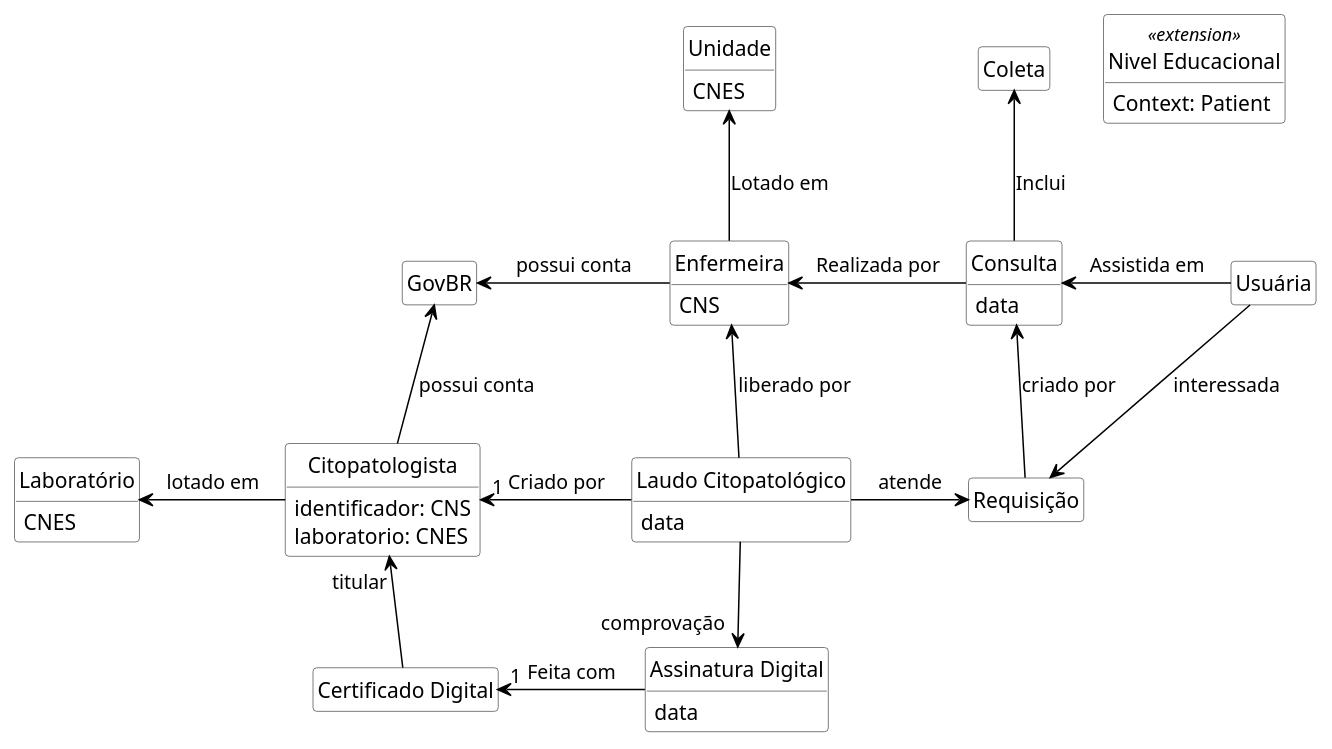
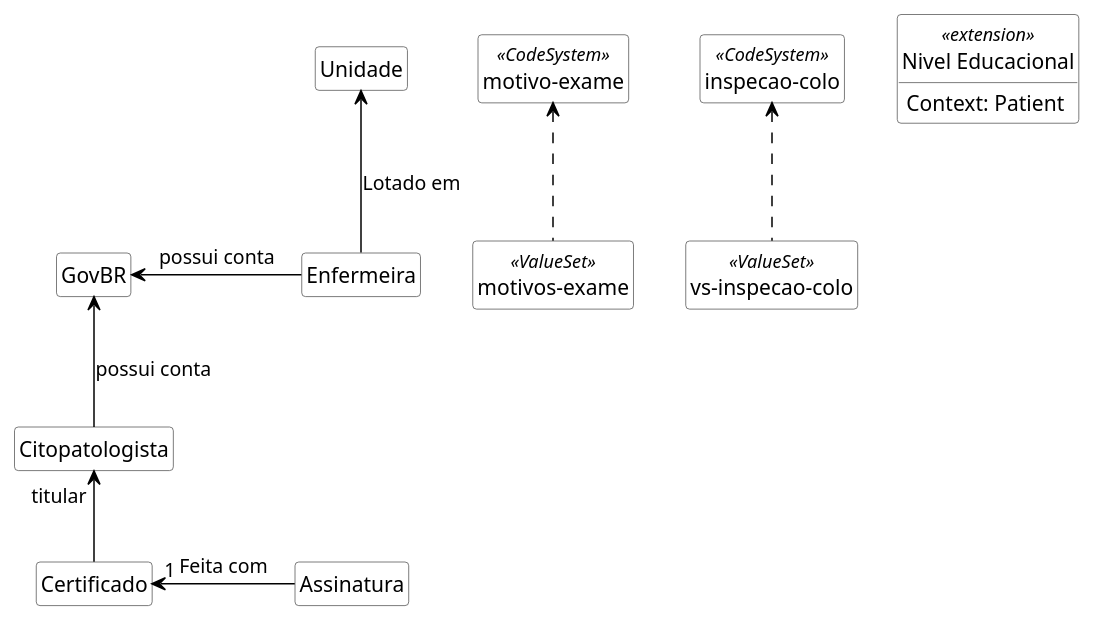
One commit to kyriosdata/farol changed the diagram in input/images-source/fhir.plantuml. Above: the diagram before and after it, drawn with PlantUML. The commit also changed 1 other file, not shown here.

```diff
--- a/input/images-source/fhir.plantuml
+++ b/input/images-source/fhir.plantuml
@@ -1,69 +1,33 @@
 @startuml fhir
 
 hide circle
 hide methods
 hide empty members
 
 skinparam class {
     BackgroundColor White
     ArrowColor Black
     BorderColor #505050
 }
 
+class "inspecao-colo" as InspecaoColo <<CodeSystem>> {}
+class "motivo-exame" as MotivoExame <<CodeSystem>> {}
+class "vs-inspecao-colo" as VsInspecaoColo <<ValueSet>> {}
+class "motivos-exame" as MotivosExame <<ValueSet>> {}
+
+VsInspecaoColo .up.> InspecaoColo
+MotivosExame .up.> MotivoExame
+
 class "Nivel Educacional" as NivelEducacional <<extension>> {
     Context: Patient
 }
 
-class Enfermeira {
-    CNS
-}
-
-class Unidade {
-    CNES
-}
-
-class Citopatologista {
-    identificador: CNS
-    laboratorio: CNES
-}
-
-class Laboratório {
-    CNES
-}
-
-class Consulta {
-    data
-}
-
-class "Laudo Citopatológico" as Laudo {
-    data
-}
-
-class "Assinatura Digital" as Assinatura {
-    data
-}
-
-class "Certificado Digital" as Certificado {}
-
-
-' note top of Laboratório : Responsável pelo laudo
 
 Enfermeira -up-> Unidade: Lotado em
 Enfermeira -left-> GovBR : possui conta
 
-Usuária -left-> Consulta : Assistida em
-Consulta -up-> Coleta : Inclui
-Consulta -left-> Enfermeira: Realizada por
-Usuária --> Requisição: interessada
-Requisição -up-> Consulta : criado por
-
-Citopatologista "1" <-right- Laudo : Criado por
-Laudo -> Requisição: atende
-Laudo -down-> "comprovação" Assinatura
-Enfermeira <-down- Laudo : liberado por
-Citopatologista -left-> Laboratório : lotado em
 Citopatologista "titular" <-down- Certificado
 GovBR <-- Citopatologista: possui conta
 Assinatura -left-> "1" Certificado : Feita com
 
 @enduml
```
